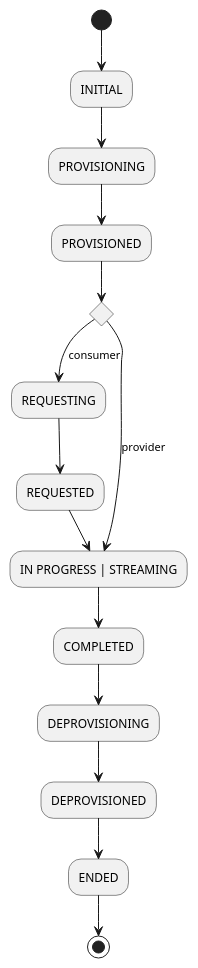
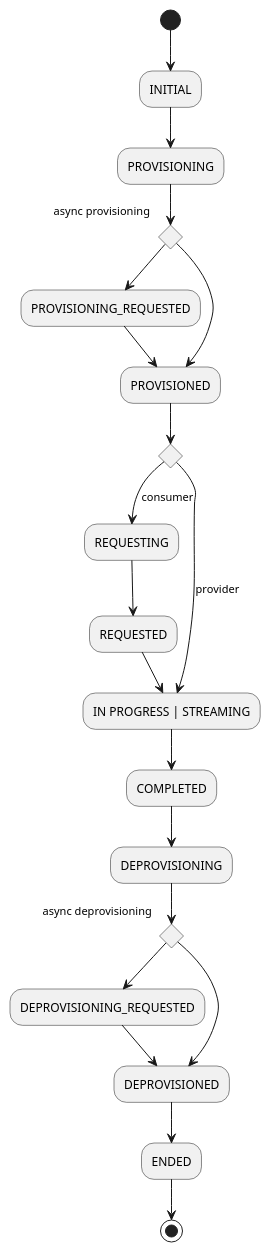
The diagram in docs/architecture/data-transfer/diagrams/transfer-states.puml (eclipse-edc/Connector), drawn with PlantUML before and after one commit. The commit also changed 10 other files, not shown here.

Commit message:
fix: avoid request flood on async provisioning/deprovisioning

```diff
--- a/docs/architecture/data-transfer/diagrams/transfer-states.puml
+++ b/docs/architecture/data-transfer/diagrams/transfer-states.puml
@@ -15,26 +15,34 @@
 @startuml
 
 skinParam NoteBackgroundColor WhiteSmoke
 skinParam NoteFontColor Black
 skinParam ParticipantBackgroundColor WhiteSmoke
 skinParam ActorBackgroundColor WhiteSmoke
 skinParam AgentBackgroundColor White
 skinParam AgentBorderColor SkyBlue
 skinparam shadowing false
 
 (*) --> INITIAL
 --> PROVISIONING
---> PROVISIONED
+if "async provisioning" then
+    --> PROVISIONING_REQUESTED
+    --> PROVISIONED
+else
+    --> PROVISIONED
 if "" then
     --> [consumer] REQUESTING
     --> REQUESTED
     --> IN PROGRESS | STREAMING
 else
     --> [provider] IN PROGRESS | STREAMING
 --> COMPLETED
 --> DEPROVISIONING
---> DEPROVISIONED
+if "async deprovisioning" then
+    --> DEPROVISIONING_REQUESTED
+    --> DEPROVISIONED
+else
+    --> DEPROVISIONED
 --> ENDED
 --> (*)
 
 @enduml
```
